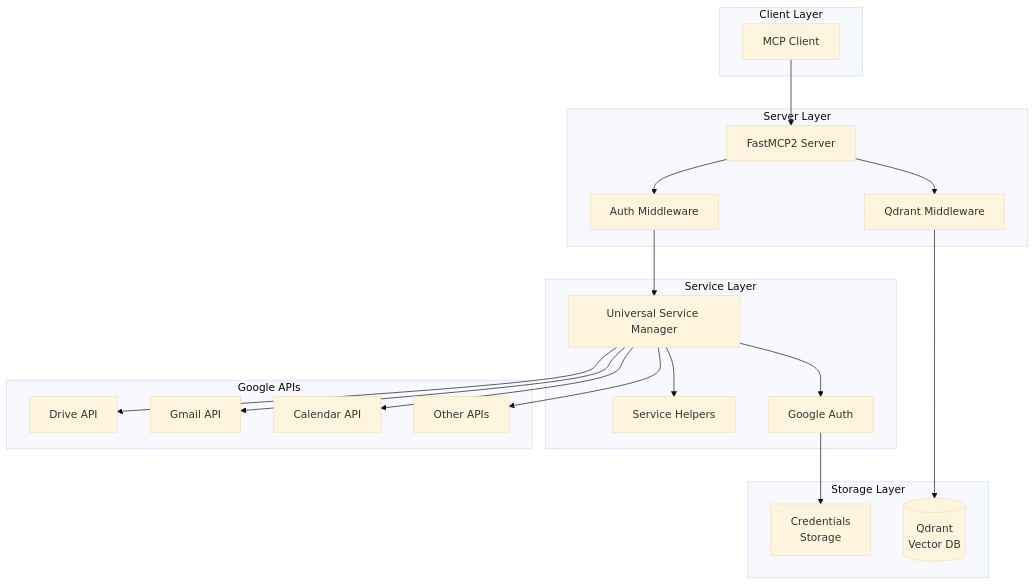
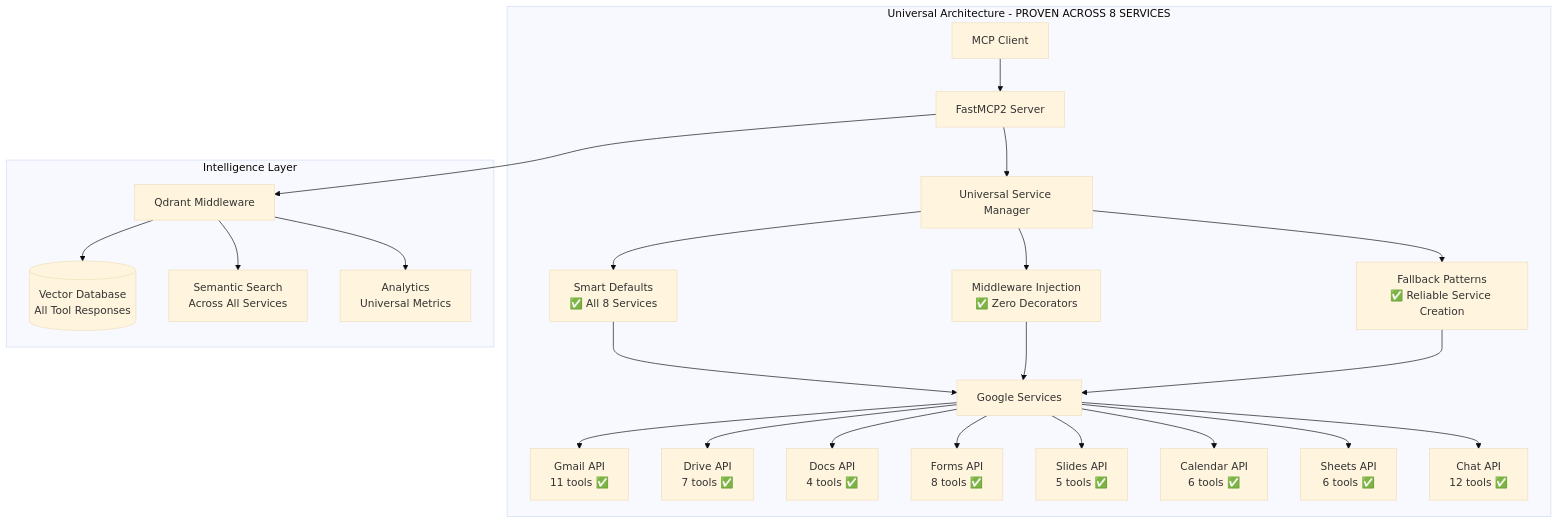
Before and after one commit to dipseth/google_workspace_fastmcp2: the second of 3 diagrams in README.md, drawn with Mermaid (base theme). The commit also changed other lines of this file and 36 other files, not shown here.

First line of the commit message:
Add test suites for Google Sheets and Slides tools using FastMCP Client SDK

````diff
--- a/README.md
+++ b/README.md
@@ -124,43 +161,32 @@
 ```mermaid
 flowchart TB
-    subgraph "Client Layer"
-        MC[MCP Client]
+    subgraph "Universal Architecture - PROVEN ACROSS 8 SERVICES"
+        MC[MCP Client] --> FS[FastMCP2 Server]
+        FS --> USM[Universal Service Manager]
+        
+        USM --> SD[Smart Defaults<br/>✅ All 8 Services]
+        USM --> MI[Middleware Injection<br/>✅ Zero Decorators]
+        USM --> FP[Fallback Patterns<br/>✅ Reliable Service Creation]
+        
+        SD --> GS[Google Services]
+        MI --> GS
+        FP --> GS
+        
+        GS --> Gmail[Gmail API<br/>11 tools ✅]
+        GS --> Drive[Drive API<br/>7 tools ✅]
+        GS --> Docs[Docs API<br/>4 tools ✅]
+        GS --> Forms[Forms API<br/>8 tools ✅]
+        GS --> Slides[Slides API<br/>5 tools ✅]
+        GS --> Calendar[Calendar API<br/>6 tools ✅]
+        GS --> Sheets[Sheets API<br/>6 tools ✅]
+        GS --> Chat[Chat API<br/>12 tools ✅]
     end
     
-    subgraph "Server Layer"
-        FS[FastMCP2 Server]
-        AM[Auth Middleware]
-        QM[Qdrant Middleware]
+    subgraph "Intelligence Layer"
+        QM[Qdrant Middleware] --> VDB[(Vector Database<br/>All Tool Responses)]
+        QM --> SS[Semantic Search<br/>Across All Services]
+        QM --> AN[Analytics<br/>Universal Metrics]
     end
     
-    subgraph "Service Layer"
-        USM[Universal Service Manager]
-        SH[Service Helpers]
-        GA[Google Auth]
-    end
-    
-    subgraph "Storage Layer"
-        CR[Credentials<br/>Storage]
-        QD[(Qdrant<br/>Vector DB)]
-    end
-    
-    subgraph "Google APIs"
-        GD[Drive API]
-        GM[Gmail API]
-        GC[Calendar API]
-        GO[Other APIs]
-    end
-    
-    MC --> FS
-    FS --> AM
     FS --> QM
-    AM --> USM
-    USM --> SH
-    USM --> GA
-    GA --> CR
-    QM --> QD
-    USM --> GD
-    USM --> GM
-    USM --> GC
-    USM --> GO
 ```
````
